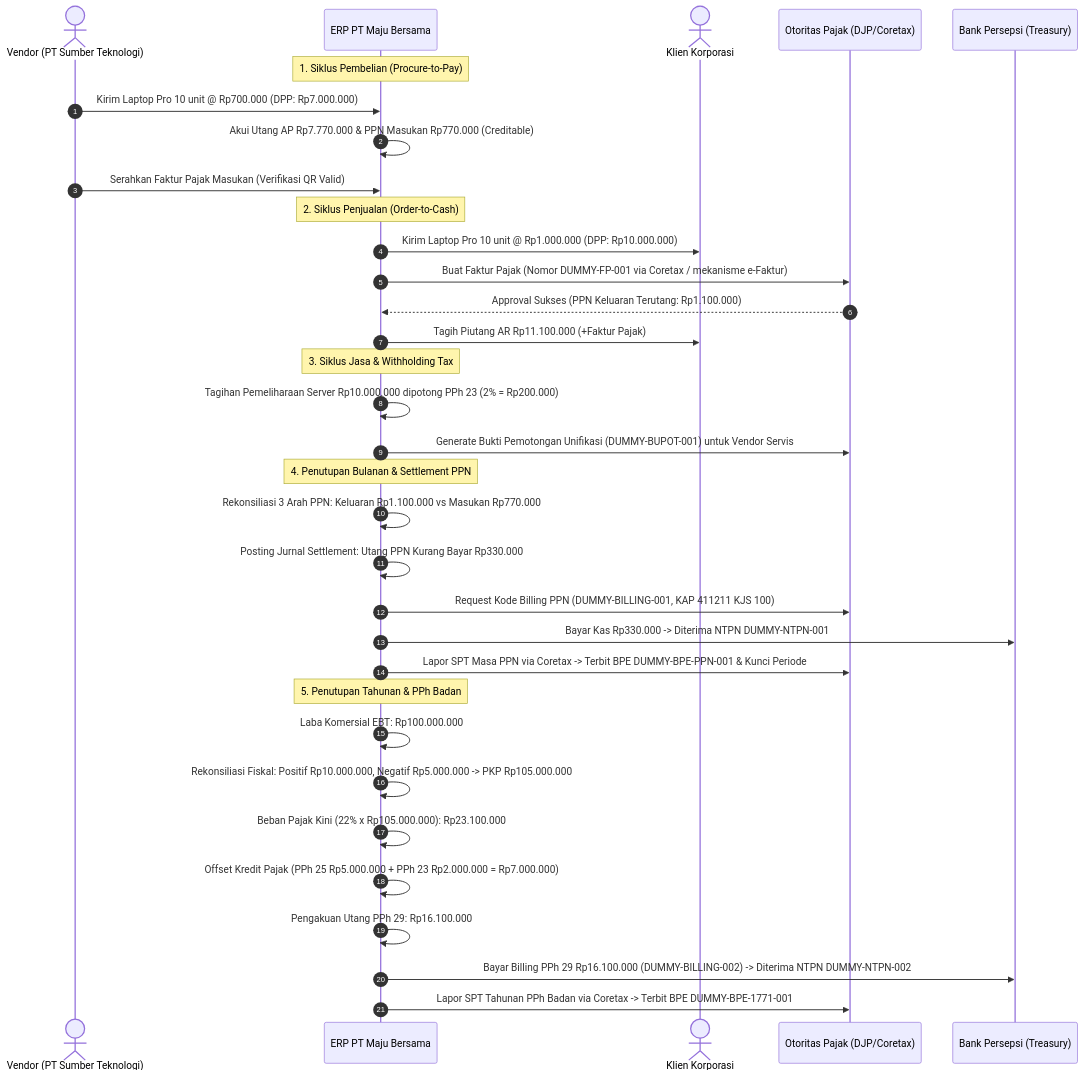
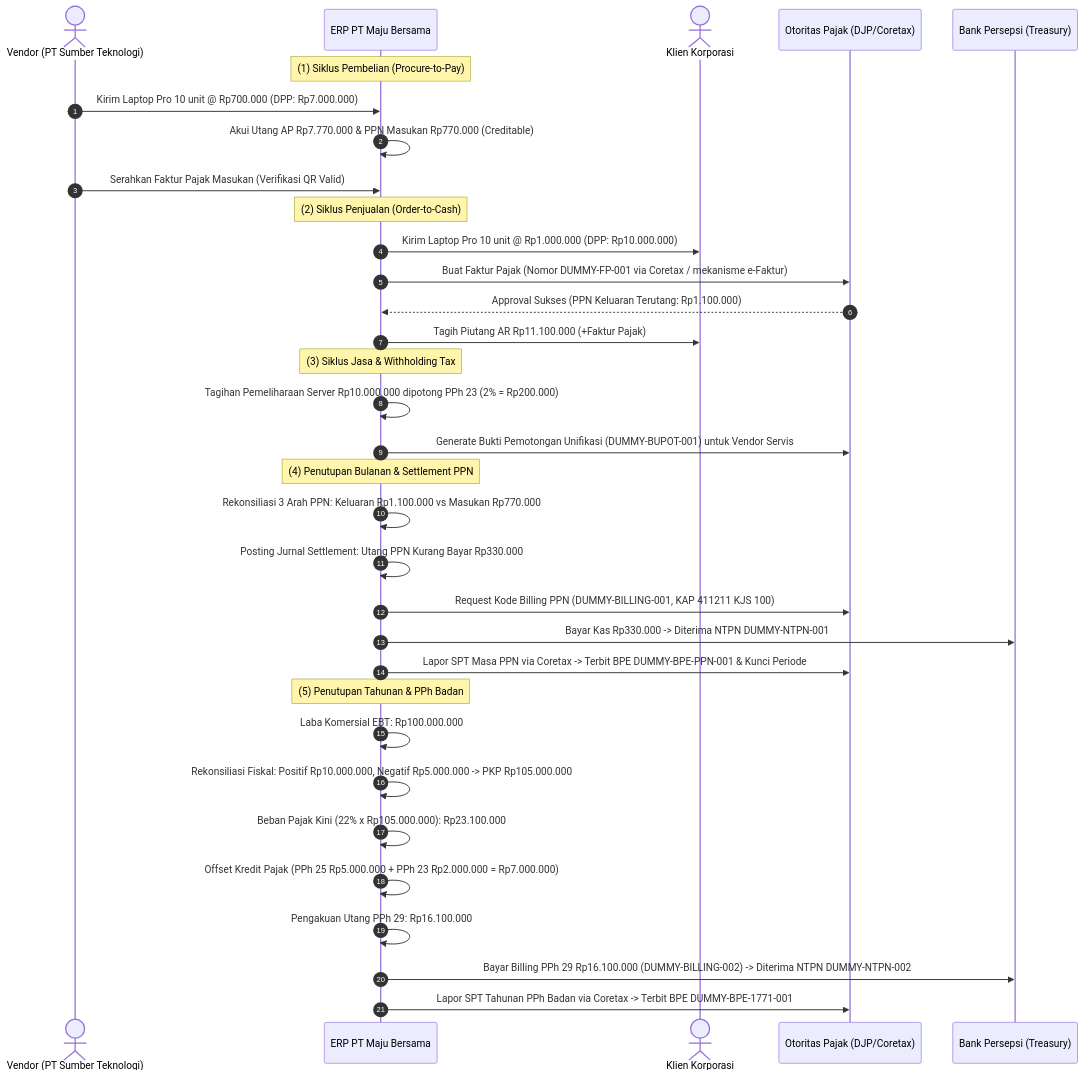
Before and after one commit to alimurrofid/erp-notes: the second of 2 diagrams in content/11-tax/tax-integration.md, drawn with Mermaid. The commit also changed 132 other files, not shown here.

````diff
--- a/content/11-tax/tax-integration.md
+++ b/content/11-tax/tax-integration.md
@@ -79,40 +79,40 @@
 ```mermaid
 sequenceDiagram
     autonumber
     actor V as Vendor (PT Sumber Teknologi)
     participant ERP as ERP PT Maju Bersama
     actor C as Klien Korporasi
     participant DJP as Otoritas Pajak (DJP/Coretax)
     participant Bank as Bank Persepsi (Treasury)
 
-    Note over ERP: 1. Siklus Pembelian (Procure-to-Pay)
+    Note over ERP: (1) Siklus Pembelian (Procure-to-Pay)
     V->>ERP: Kirim Laptop Pro 10 unit @ Rp700.000 (DPP: Rp7.000.000)
     ERP->>ERP: Akui Utang AP Rp7.770.000 & PPN Masukan Rp770.000 (Creditable)
     V->>ERP: Serahkan Faktur Pajak Masukan (Verifikasi QR Valid)
 
-    Note over ERP: 2. Siklus Penjualan (Order-to-Cash)
+    Note over ERP: (2) Siklus Penjualan (Order-to-Cash)
     ERP->>C: Kirim Laptop Pro 10 unit @ Rp1.000.000 (DPP: Rp10.000.000)
     ERP->>DJP: Buat Faktur Pajak (Nomor DUMMY-FP-001 via Coretax / mekanisme e-Faktur)
     DJP-->>ERP: Approval Sukses (PPN Keluaran Terutang: Rp1.100.000)
     ERP->>C: Tagih Piutang AR Rp11.100.000 (+Faktur Pajak)
 
-    Note over ERP: 3. Siklus Jasa & Withholding Tax
+    Note over ERP: (3) Siklus Jasa & Withholding Tax
     ERP->>ERP: Tagihan Pemeliharaan Server Rp10.000.000 dipotong PPh 23 (2% = Rp200.000)
     ERP->>DJP: Generate Bukti Pemotongan Unifikasi (DUMMY-BUPOT-001) untuk Vendor Servis
 
-    Note over ERP: 4. Penutupan Bulanan & Settlement PPN
+    Note over ERP: (4) Penutupan Bulanan & Settlement PPN
     ERP->>ERP: Rekonsiliasi 3 Arah PPN: Keluaran Rp1.100.000 vs Masukan Rp770.000
     ERP->>ERP: Posting Jurnal Settlement: Utang PPN Kurang Bayar Rp330.000
     ERP->>DJP: Request Kode Billing PPN (DUMMY-BILLING-001, KAP 411211 KJS 100)
     ERP->>Bank: Bayar Kas Rp330.000 -> Diterima NTPN DUMMY-NTPN-001
     ERP->>DJP: Lapor SPT Masa PPN via Coretax -> Terbit BPE DUMMY-BPE-PPN-001 & Kunci Periode
 
-    Note over ERP: 5. Penutupan Tahunan & PPh Badan
+    Note over ERP: (5) Penutupan Tahunan & PPh Badan
     ERP->>ERP: Laba Komersial EBT: Rp100.000.000
     ERP->>ERP: Rekonsiliasi Fiskal: Positif Rp10.000.000, Negatif Rp5.000.000 -> PKP Rp105.000.000
     ERP->>ERP: Beban Pajak Kini (22% x Rp105.000.000): Rp23.100.000
     ERP->>ERP: Offset Kredit Pajak (PPh 25 Rp5.000.000 + PPh 23 Rp2.000.000 = Rp7.000.000)
     ERP->>ERP: Pengakuan Utang PPh 29: Rp16.100.000
     ERP->>Bank: Bayar Billing PPh 29 Rp16.100.000 (DUMMY-BILLING-002) -> Diterima NTPN DUMMY-NTPN-002
     ERP->>DJP: Lapor SPT Tahunan PPh Badan via Coretax -> Terbit BPE DUMMY-BPE-1771-001
 ```
````
